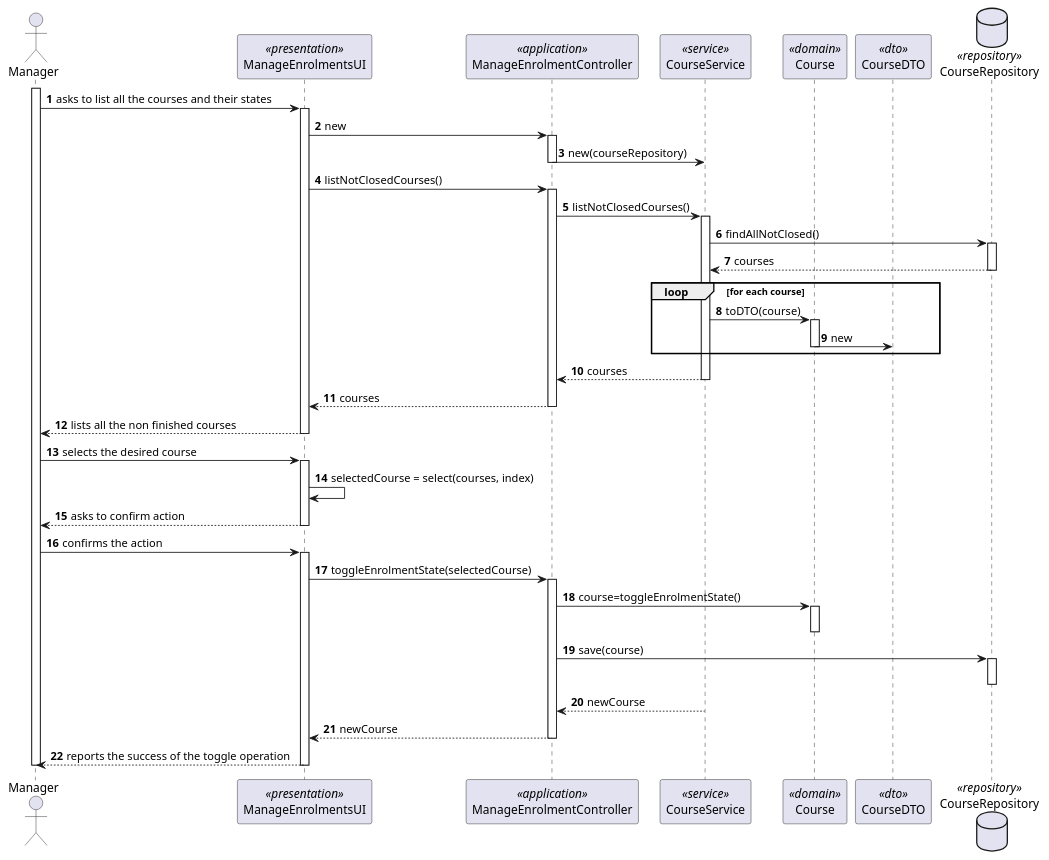
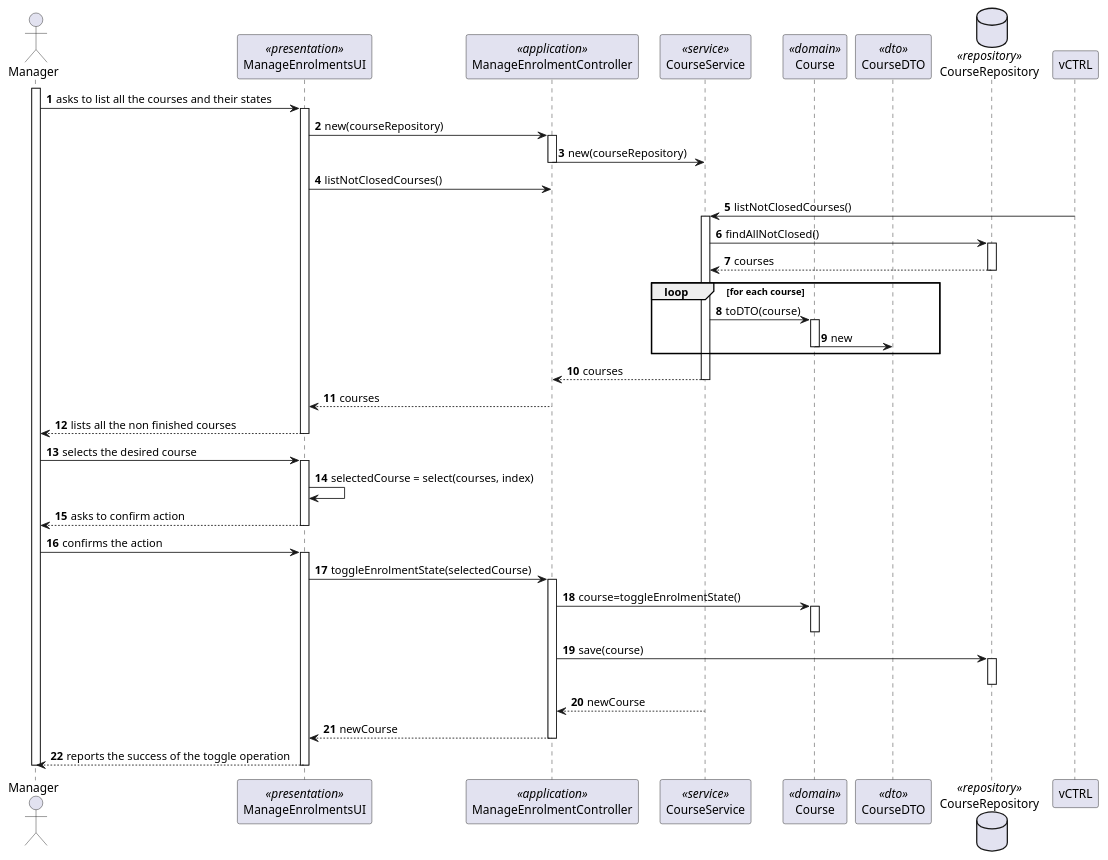
Before and after one commit to miseEnPlace-dev/lapr4: the diagram in docs/sprint-b/us09-1003/US1003_SD.puml, drawn with PlantUML. The commit also changed 7 other files, not shown here.

```diff
--- a/docs/sprint-b/us09-1003/US1003_SD.puml
+++ b/docs/sprint-b/us09-1003/US1003_SD.puml
@@ -1,72 +1,71 @@
 @startuml US1003_SD
 autonumber
 
 actor "Manager" as M
 participant "ManageEnrolmentsUI" as UI <<presentation>>
 participant "ManageEnrolmentController" as CTRL <<application>>
 participant "CourseService" as SRV <<service>>
 participant "Course" as C <<domain>>
 participant "CourseDTO" as DTO <<dto>>
 
 database CourseRepository as REP <<repository>>
 
 activate M
 
 M -> UI : asks to list all the courses and their states
 activate UI
 
-UI -> CTRL : new
+UI -> CTRL : new(courseRepository)
 activate CTRL
 CTRL -> SRV : new(courseRepository)
 deactivate CTRL
 
 UI -> CTRL : listNotClosedCourses()
-activate CTRL
-CTRL -> SRV : listNotClosedCourses()
+vCTRL -> SRV : listNotClosedCourses()
 activate SRV
 SRV -> REP : findAllNotClosed()
 activate REP
 REP --> SRV : courses
 deactivate REP
 
 loop for each course
   SRV -> C : toDTO(course)
   activate C
   C -> DTO : new
   deactivate C
 end loop
 
 SRV --> CTRL : courses
 deactivate SRV
 CTRL --> UI : courses
 deactivate CTRL
 
 UI --> M : lists all the non finished courses
 deactivate UI
 
 M -> UI : selects the desired course
 activate UI
 UI -> UI : selectedCourse = select(courses, index)
 UI --> M : asks to confirm action
 deactivate UI
 
 M -> UI : confirms the action
 activate UI
 UI -> CTRL : toggleEnrolmentState(selectedCourse)
 activate CTRL
 CTRL -> C : course=toggleEnrolmentState()
 activate C
 deactivate C
 CTRL -> REP : save(course)
 activate REP
 deactivate REP
 SRV --> CTRL : newCourse
 deactivate SRV
 CTRL --> UI : newCourse
 deactivate CTRL
 UI--> M : reports the success of the toggle operation
 deactivate UI
 
 deactivate M
 
 @enduml
```
